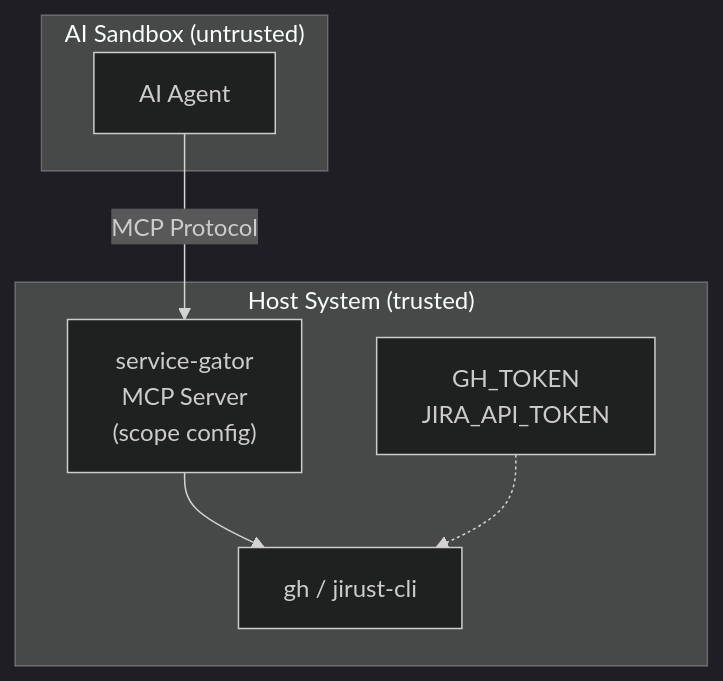
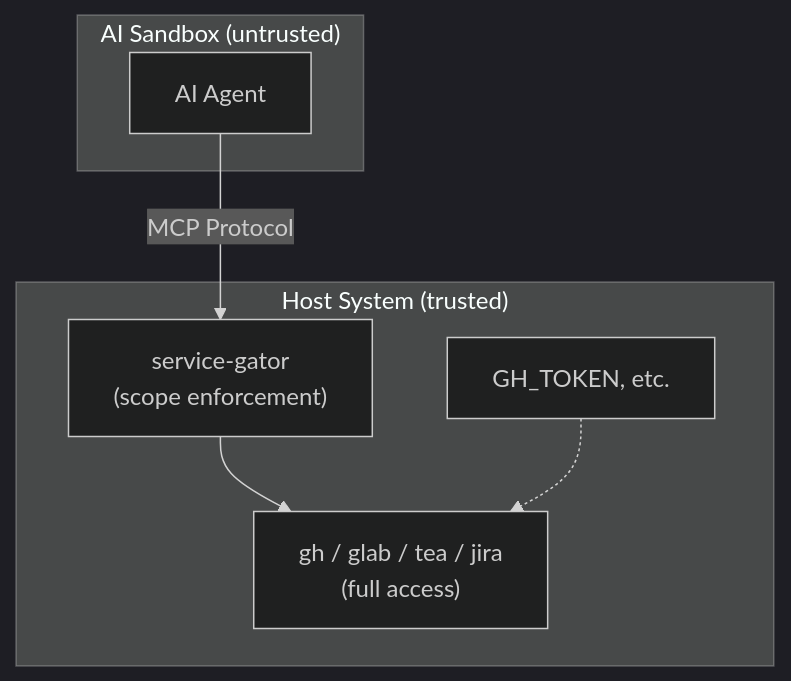
One commit to LobsterTrap/service-gator changed the diagram in README.md. Above: the diagram before and after it, drawn with Mermaid (dark theme). The commit also changed other lines of this file and 2 other files, not shown here.

````diff
--- a/README.md
+++ b/README.md
@@ -381,16 +203,17 @@
 ```mermaid
 flowchart TB
     subgraph sandbox["AI Sandbox (untrusted)"]
         agent["AI Agent"]
     end
 
     subgraph host["Host System (trusted)"]
-        daemon["service-gator<br/>MCP Server<br/>(scope config)"]
-        cli["gh / jirust-cli"]
-        creds["GH_TOKEN<br/>JIRA_API_TOKEN"]
-        daemon --> cli
+        gator["service-gator<br/>(scope enforcement)"]
+        cli["gh / glab / tea / jira<br/>(full access)"]
+        creds["GH_TOKEN, etc."]
+        
+        gator --> cli
         creds -.-> cli
     end
 
-    agent -->|"MCP Protocol"| daemon
+    agent -->|"MCP Protocol"| gator
 ```
````
